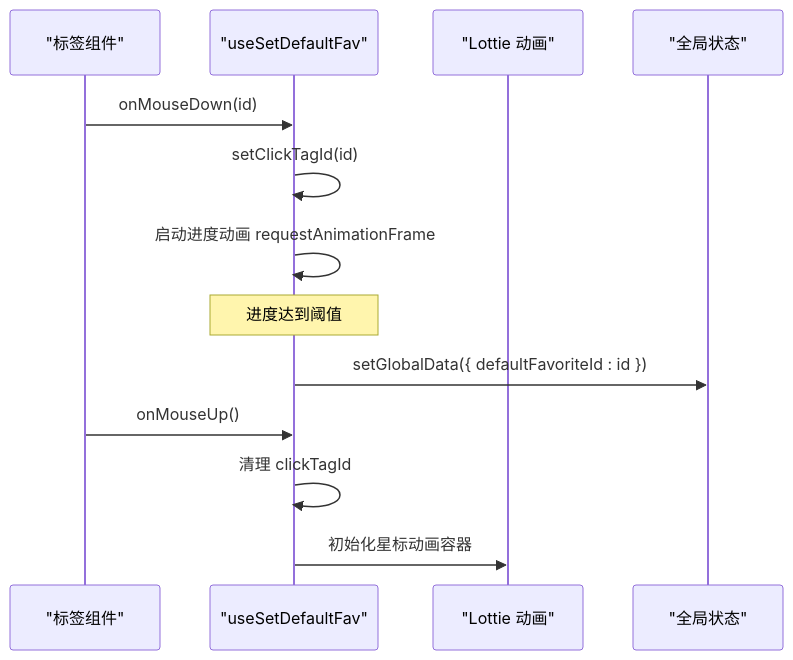
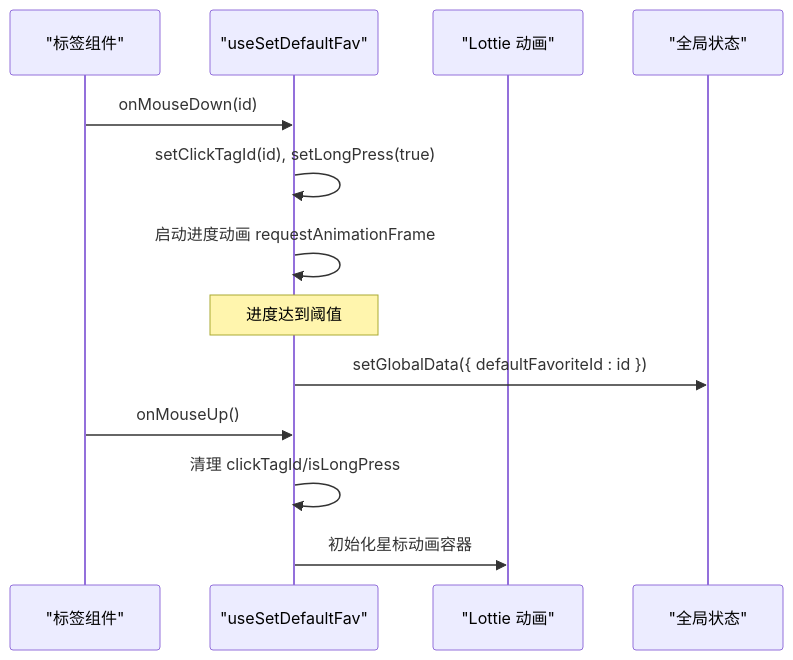
One commit to RadiumAg/bilibili-favorites changed the fifth of 9 diagrams in .qoder/repowiki/zh/content/核心功能模块/收藏夹管理系统.md. Above: the diagram before and after it, drawn with Mermaid. The commit also changed other lines of this file and 21 other files, not shown here.

````diff
--- a/.qoder/repowiki/zh/content/核心功能模块/收藏夹管理系统.md
+++ b/.qoder/repowiki/zh/content/核心功能模块/收藏夹管理系统.md
@@ -253,15 +216,15 @@
 ```mermaid
 sequenceDiagram
 participant Comp as "标签组件"
 participant Hook as "useSetDefaultFav"
 participant Lottie as "Lottie 动画"
 participant Store as "全局状态"
 Comp->>Hook : onMouseDown(id)
-Hook->>Hook : setClickTagId(id)
+Hook->>Hook : setClickTagId(id), setLongPress(true)
 Hook->>Hook : 启动进度动画 requestAnimationFrame
 Note over Hook : 进度达到阈值
 Hook->>Store : setGlobalData({ defaultFavoriteId : id })
 Comp->>Hook : onMouseUp()
-Hook->>Hook : 清理 clickTagId
+Hook->>Hook : 清理 clickTagId/isLongPress
 Hook->>Lottie : 初始化星标动画容器
 ```
````
